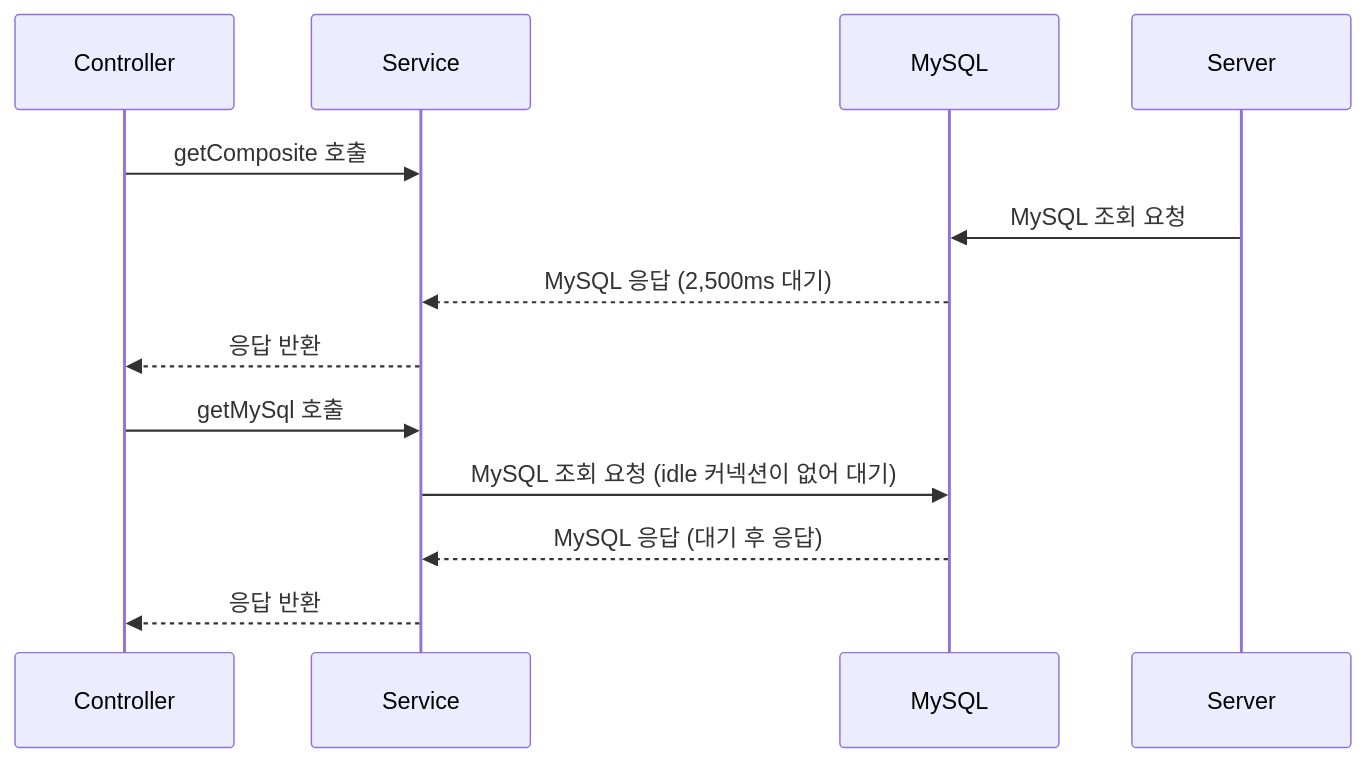
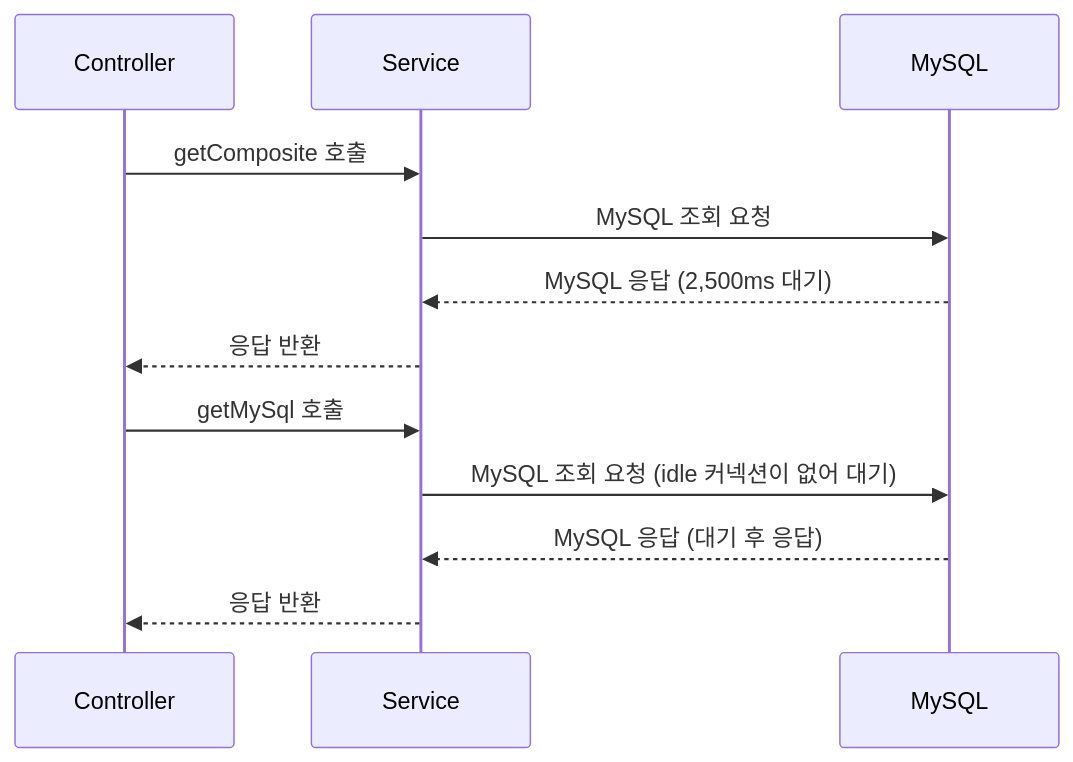
One commit to cheese10yun/blog-sample changed the third of 4 diagrams in redis/redis-lettuce-conneciton-pool-2.md. Above: the diagram before and after it, drawn with Mermaid.

````diff
--- a/redis/redis-lettuce-conneciton-pool-2.md
+++ b/redis/redis-lettuce-conneciton-pool-2.md
@@ -154,14 +154,14 @@
 ```mermaid
 sequenceDiagram
     participant Controller
     participant Service
     participant MySQL
     Controller ->> Service: getComposite 호출
-    Server ->> MySQL: MySQL 조회 요청
+    Service ->> MySQL: MySQL 조회 요청
     MySQL -->> Service: MySQL 응답 (2,500ms 대기)
     Service -->> Controller: 응답 반환
     Controller ->> Service: getMySql 호출
     Service ->> MySQL: MySQL 조회 요청 (idle 커넥션이 없어 대기)
     MySQL -->> Service: MySQL 응답 (대기 후 응답)
     Service -->> Controller: 응답 반환
 ```
````
